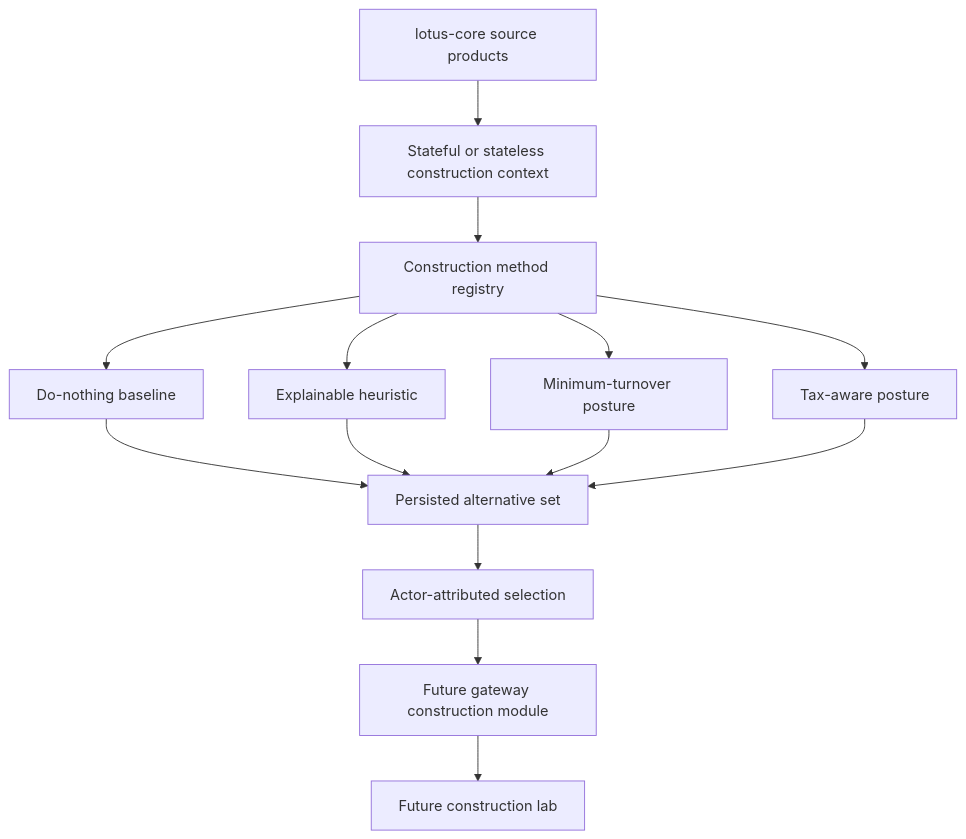
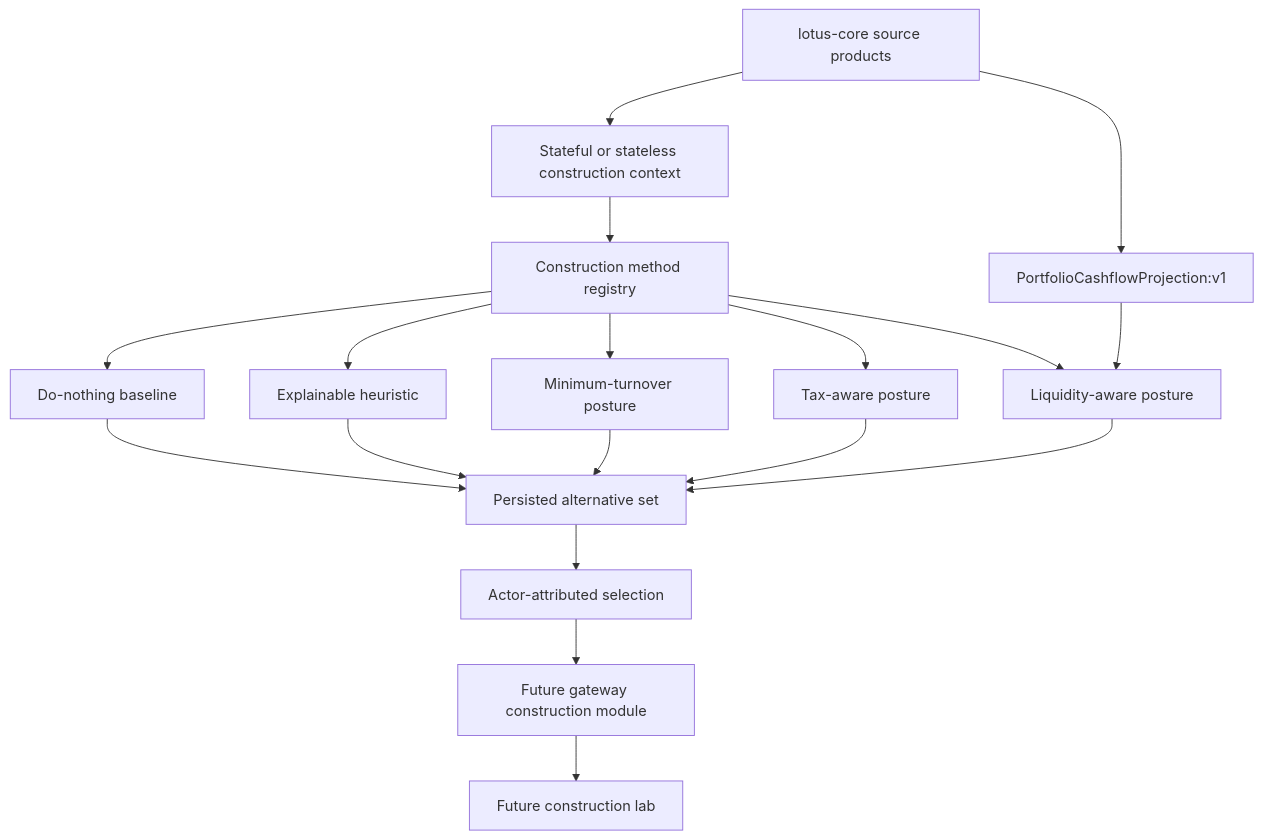
One commit to sgajbi/lotus-manage changed the sixth of 6 diagrams in wiki/Architecture.md. Above: the diagram before and after it, drawn with Mermaid. The commit also changed other lines of this file and 19 other files, not shown here.

Commit message:
feat: add cashflow projection liquidity construction

````diff
--- a/wiki/Architecture.md
+++ b/wiki/Architecture.md
@@ -123,16 +123,20 @@
 ```mermaid
 flowchart TD
     Core[lotus-core source products] --> Context[Stateful or stateless construction context]
     Context --> Methods[Construction method registry]
     Methods --> Baseline[Do-nothing baseline]
     Methods --> Heuristic[Explainable heuristic]
     Methods --> Turnover[Minimum-turnover posture]
     Methods --> Tax[Tax-aware posture]
+    Methods --> Liquidity[Liquidity-aware posture]
+    Core --> Cashflow[PortfolioCashflowProjection:v1]
+    Cashflow --> Liquidity
     Baseline --> Set[Persisted alternative set]
     Heuristic --> Set
     Turnover --> Set
     Tax --> Set
+    Liquidity --> Set
     Set --> Select[Actor-attributed selection]
     Select --> Gateway[Future gateway construction module]
     Gateway --> Workbench[Future construction lab]
 ```
````
